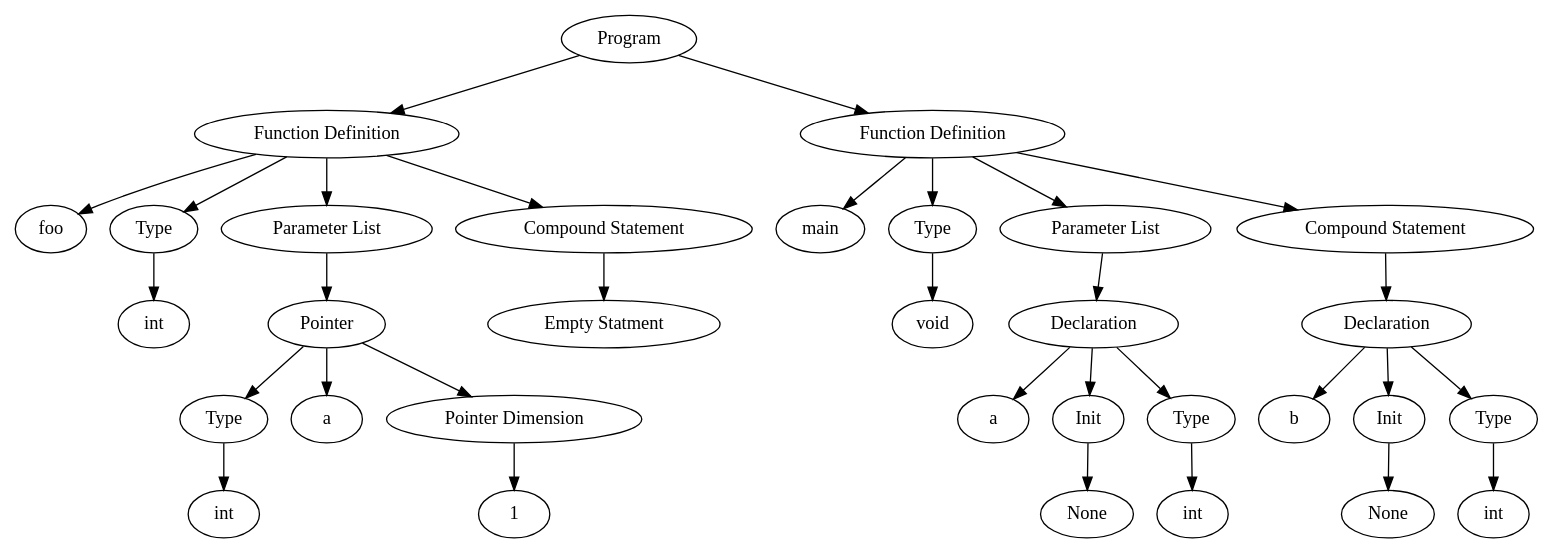
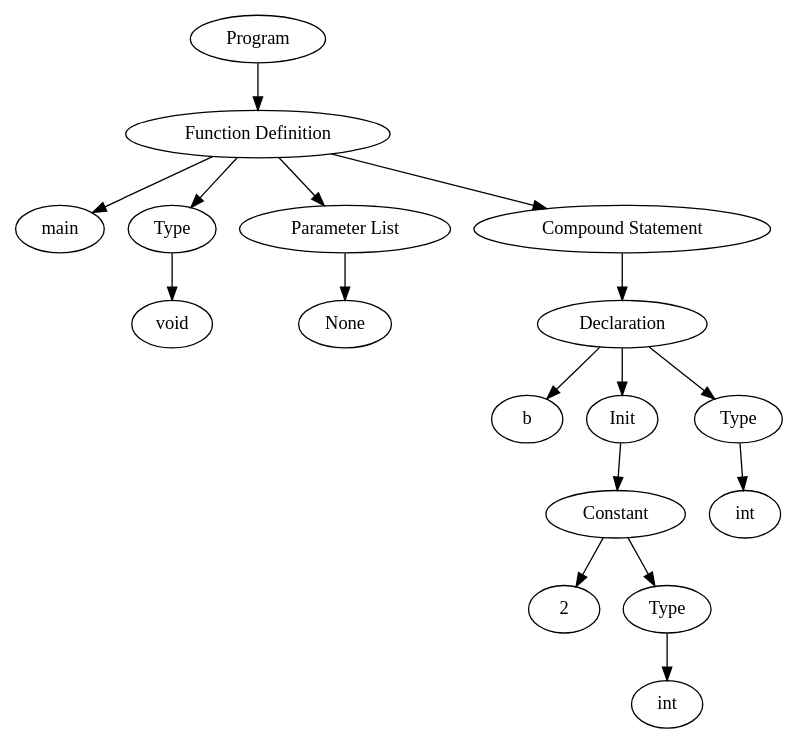
One commit to ChaseCarthen/CS660-Compiler-Construction changed the diagram in graph.dot. Above: the diagram before and after it, drawn with Graphviz. The commit also changed 3 other files, not shown here.

```diff
--- a/graph.dot
+++ b/graph.dot
@@ -1,17 +1,11 @@
 digraph parse_tree {
-{gv100000[label="Program"]}->{gv100012[label="Function Definition"]}{gv100012[label="Function Definition"]}->{gv100013[label="foo"] gv100001[label="Type"] gv100003[label="Parameter List"] gv100010[label="Compound Statement"]};
-{gv100001[label="Type"]}->{gv100002[label="int"]};
-{gv100003[label="Parameter List"]}->{gv100004[label="Pointer"]};
-{gv100004[label="Pointer"]}->{gv100006[label="Type"] gv100005[label="a"] gv100009[label="Pointer Dimension"]}{gv100009[label="Pointer Dimension"]}->{gv100008[label="1"]}{gv100006[label="Type"]}->{gv100007[label="int"]};
-{gv100010[label="Compound Statement"]}->{gv100011[label="Empty Statment"]};
-{gv100000[label="Program"]}->{gv100030[label="Function Definition"]}{gv100030[label="Function Definition"]}->{gv100031[label="main"] gv100014[label="Type"] gv100016[label="Parameter List"] gv100023[label="Compound Statement"]};
-{gv100014[label="Type"]}->{gv100015[label="void"]};
-{gv100016[label="Parameter List"]}->{{gv100018[label="Declaration"]}};
-{gv100018[label="Declaration"]}->{gv100021[label="a"] gv100017[label="Init"] gv100019[label="Type"]};
-{gv100017[label="Init"]}->{gv100022[label="None"]};
-{gv100019[label="Type"]}->{gv100020[label="int"]};
-{gv100023[label="Compound Statement"]}->{{gv100025[label="Declaration"]}};
-{gv100025[label="Declaration"]}->{gv100028[label="b"] gv100024[label="Init"] gv100026[label="Type"]};
-{gv100024[label="Init"]}->{gv100029[label="None"]};
-{gv100026[label="Type"]}->{gv100027[label="int"]};
+{gv100000[label="Program"]}->{gv100015[label="Function Definition"]}{gv100015[label="Function Definition"]}->{gv100016[label="main"] gv100001[label="Type"] gv100003[label="Parameter List"] gv100005[label="Compound Statement"]};
+{gv100001[label="Type"]}->{gv100002[label="void"]};
+{gv100003[label="Parameter List"]}->{gv100004[label="None"]};
+{gv100005[label="Compound Statement"]}->{{gv100007[label="Declaration"]}};
+{gv100007[label="Declaration"]}->{gv100010[label="b"] gv100006[label="Init"] gv100008[label="Type"]};
+{gv100006[label="Init"]}->{gv100011[label="Constant"]};
+{gv100011[label="Constant"]}->{gv100012[label="2"]};
+{gv100011[label="Constant"]}->{gv100013[label="Type"]}{gv100013[label="Type"]}->{gv100014[label="int"]};
+{gv100008[label="Type"]}->{gv100009[label="int"]};
 }
```
